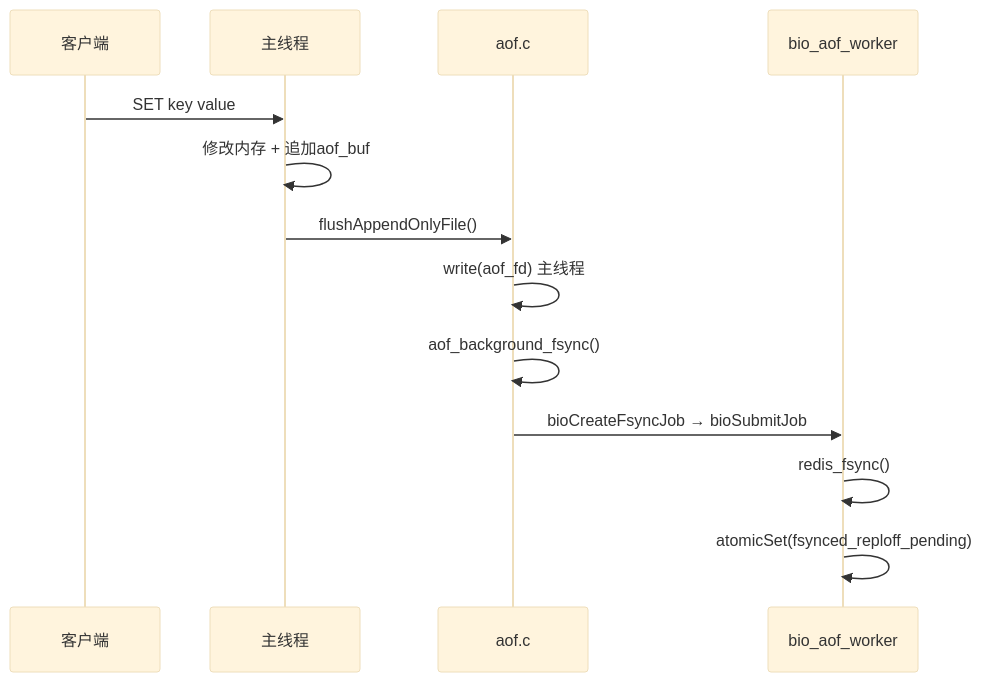
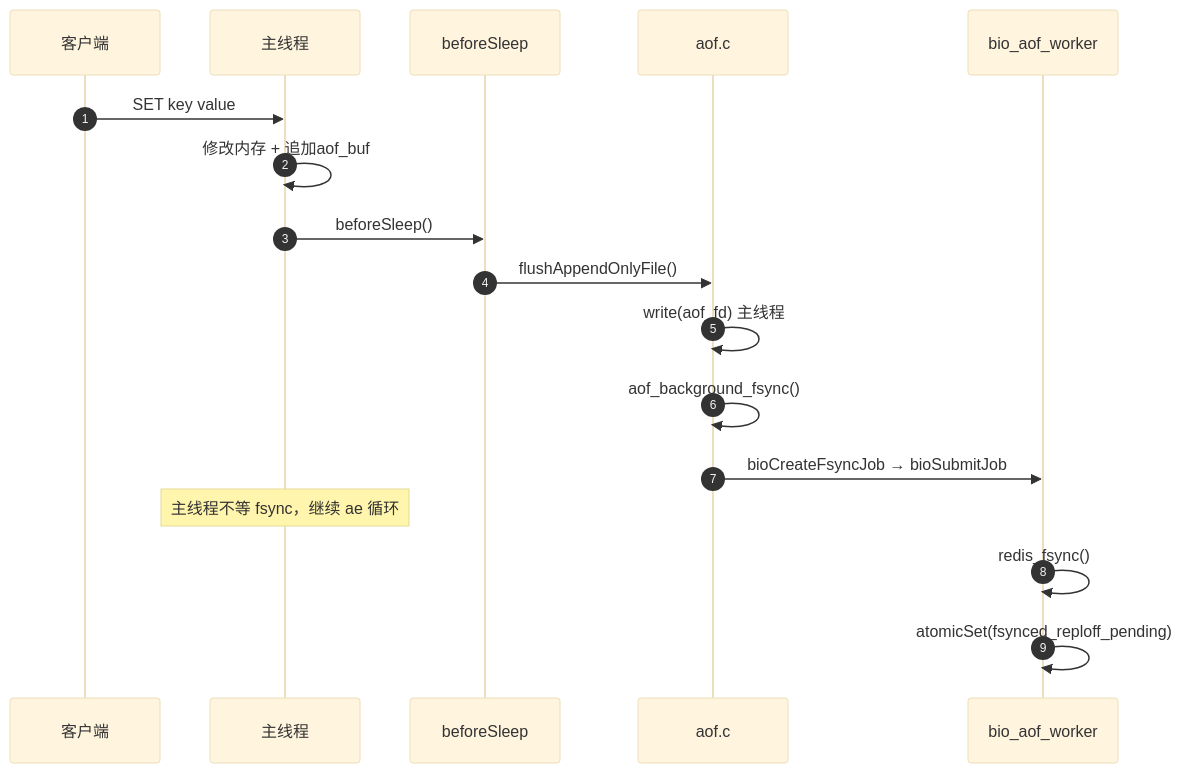
One commit to JinkaiGUAN/redis changed the seventh of 10 diagrams in docs/bio-source-walkthrough.md. Above: the diagram before and after it, drawn with Mermaid (base theme). The commit also changed other lines of this file and 9 other files, not shown here.

````diff
--- a/docs/bio-source-walkthrough.md
+++ b/docs/bio-source-walkthrough.md
@@ -412,16 +482,20 @@
 ```mermaid
 sequenceDiagram
+    autonumber
     participant C as 客户端
     participant M as 主线程
+    participant Sleep as beforeSleep
     participant AOF as aof.c
     participant BIO as bio_aof_worker
 
     C->>M: SET key value
     M->>M: 修改内存 + 追加aof_buf
-    M->>AOF: flushAppendOnlyFile()
+    M->>Sleep: beforeSleep()
+    Sleep->>AOF: flushAppendOnlyFile()
     AOF->>AOF: write(aof_fd) 主线程
     AOF->>AOF: aof_background_fsync()
     AOF->>BIO: bioCreateFsyncJob → bioSubmitJob
+    Note over M: 主线程不等 fsync，继续 ae 循环
     BIO->>BIO: redis_fsync()
     BIO->>BIO: atomicSet(fsynced_reploff_pending)
 ```
````
